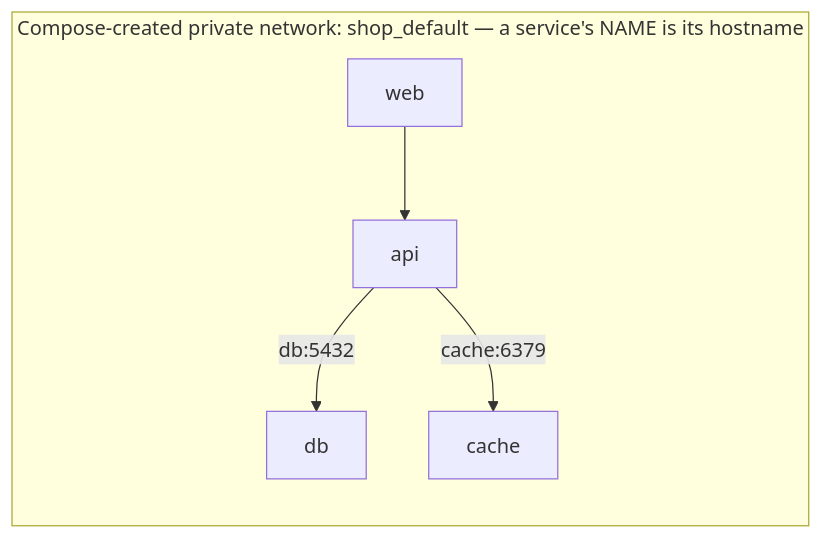
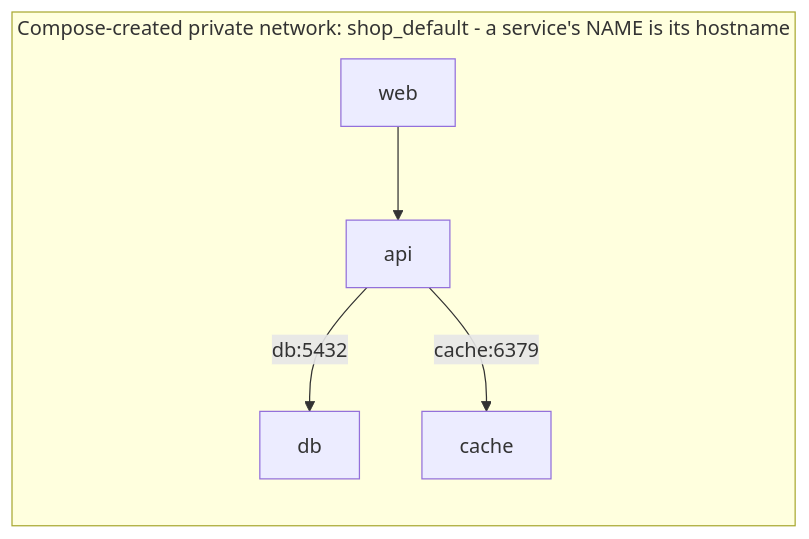
Before and after one commit to Topurrra/themissingmanual: the diagram in guides/infrastructure/docker-compose-for-real-projects/03-networking-volumes-and-dev-workflow.md, drawn with Mermaid. The commit also changed other lines of this file and 1072 other files, not shown here.

````diff
--- a/guides/infrastructure/docker-compose-for-real-projects/03-networking-volumes-and-dev-workflow.md
+++ b/guides/infrastructure/docker-compose-for-real-projects/03-networking-volumes-and-dev-workflow.md
@@ -24,8 +24,8 @@
 ```mermaid
 flowchart LR
-  subgraph Net["Compose-created private network: shop_default — a service's NAME is its hostname"]
+  subgraph Net["Compose-created private network: shop_default - a service's NAME is its hostname"]
     web --> api
     api -- "db:5432" --> db
     api -- "cache:6379" --> cache
   end
 ```
````
